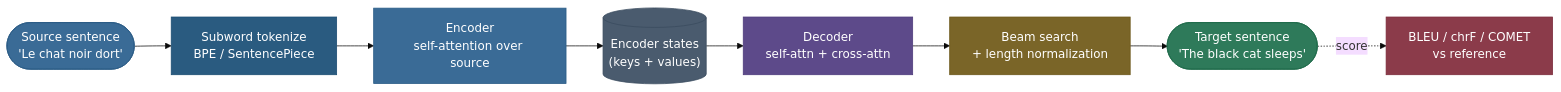
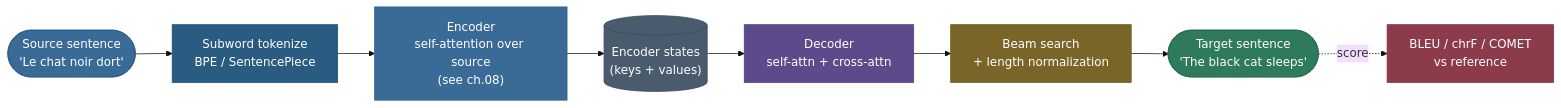
Before and after one commit to sudhir13s/AI-ML-learning-resources: the second of 2 diagrams in 06. NLP/12-Machine-Translation/12-Machine-Translation.md, drawn with Mermaid (base theme). The commit also changed other lines of this file and 12 other files, not shown here.

````diff
--- a/06. NLP/12-Machine-Translation/12-Machine-Translation.md
+++ b/06. NLP/12-Machine-Translation/12-Machine-Translation.md
@@ -187,19 +149,19 @@
 ```mermaid
 graph LR
     SRC(["Source sentence<br/>'Le chat noir dort'"]):::data --> BPE["Subword tokenize<br/>BPE / SentencePiece"]:::process
-    BPE --> ENC["Encoder<br/>self-attention over source"]:::blue
+    BPE --> ENC["Encoder<br/>self-attention over source<br/>(see ch.08)"]:::blue
     ENC --> CTX[("Encoder states<br/>(keys + values)")]:::frozen
     CTX --> DEC["Decoder<br/>self-attn + cross-attn"]:::purple
     DEC --> BEAM["Beam search<br/>+ length normalization"]:::amber
     BEAM --> OUT(["Target sentence<br/>'The black cat sleeps'"]):::out
-    OUT -.score.-> BLEU["BLEU / chrF / COMET<br/>vs reference"]:::danger
+    OUT -.score.-> EVAL["BLEU / chrF / COMET<br/>vs reference"]:::danger
 
     classDef data fill:#3A6B96,stroke:#2A5B86,color:#fff
     classDef process fill:#2A5B80,stroke:#1A4B70,color:#fff
     classDef blue fill:#3A6B96,stroke:#2A5B86,color:#fff
     classDef frozen fill:#4A5B6E,stroke:#3A4B5E,color:#fff
     classDef purple fill:#5D4A8A,stroke:#4D3A7A,color:#fff
     classDef amber fill:#7A6528,stroke:#6A5518,color:#fff
     classDef out fill:#2E7A5A,stroke:#1E6A4A,color:#fff
     classDef danger fill:#8B3B4A,stroke:#7B2B3A,color:#fff
 ```
````
